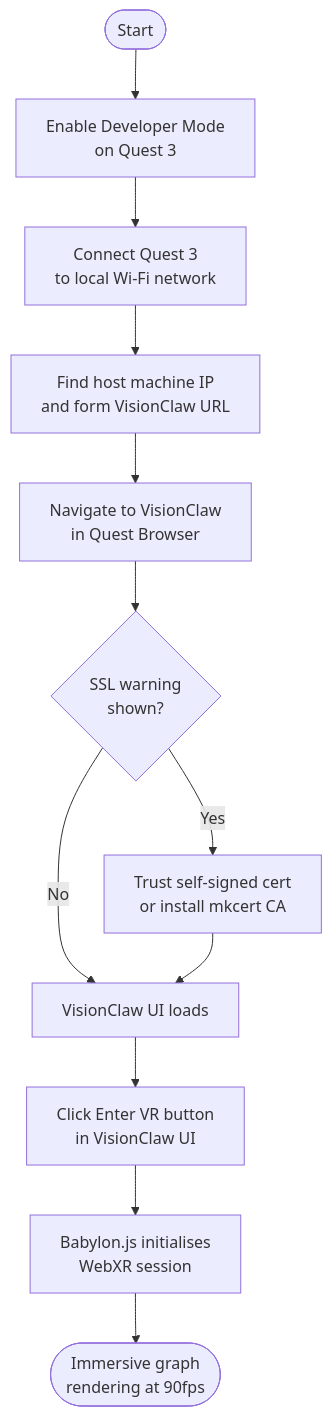
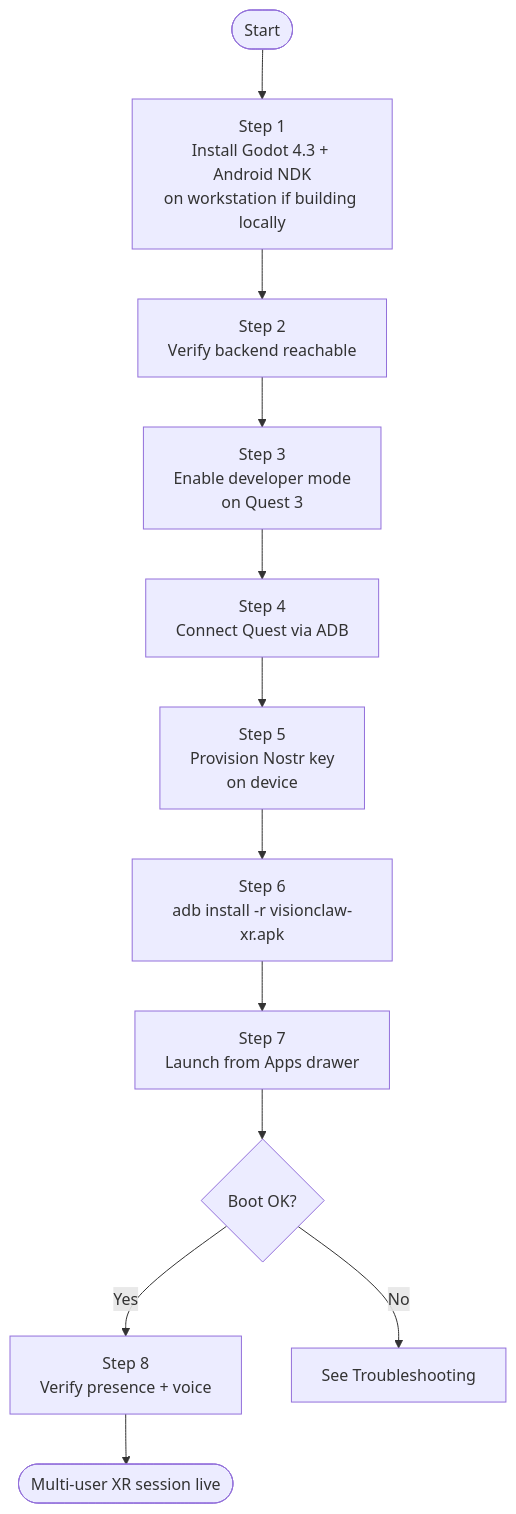
One commit to shaneholloman/logseq-spring-thing changed the diagram in docs/how-to/xr-setup-quest3.md. Above: the diagram before and after it, drawn with Mermaid. The commit also changed other lines of this file and 14 other files, not shown here.

````diff
--- a/docs/how-to/xr-setup-quest3.md
+++ b/docs/how-to/xr-setup-quest3.md
@@ -36,14 +47,14 @@
 ```mermaid
 flowchart TD
-    A([Start]) --> B[Enable Developer Mode\non Quest 3]
-    B --> C[Connect Quest 3\nto local Wi-Fi network]
-    C --> D[Find host machine IP\nand form VisionClaw URL]
-    D --> E[Navigate to VisionClaw\nin Quest Browser]
-    E --> F{SSL warning\nshown?}
-    F -->|Yes| G[Trust self-signed cert\nor install mkcert CA]
-    F -->|No| H[VisionClaw UI loads]
-    G --> H
-    H --> I[Click Enter VR button\nin VisionClaw UI]
-    I --> J[Babylon.js initialises\nWebXR session]
-    J --> K([Immersive graph\nrendering at 90fps])
+    A([Start]) --> B[Step 1<br/>Install Godot 4.3 + Android NDK<br/>on workstation if building locally]
+    B --> C[Step 2<br/>Verify backend reachable]
+    C --> D[Step 3<br/>Enable developer mode<br/>on Quest 3]
+    D --> E[Step 4<br/>Connect Quest via ADB]
+    E --> F[Step 5<br/>Provision Nostr key<br/>on device]
+    F --> G[Step 6<br/>adb install -r visionclaw-xr.apk]
+    G --> H[Step 7<br/>Launch from Apps drawer]
+    H --> I{Boot OK?}
+    I -->|Yes| J[Step 8<br/>Verify presence + voice]
+    I -->|No| K[See Troubleshooting]
+    J --> L([Multi-user XR session live])
 ```
````
